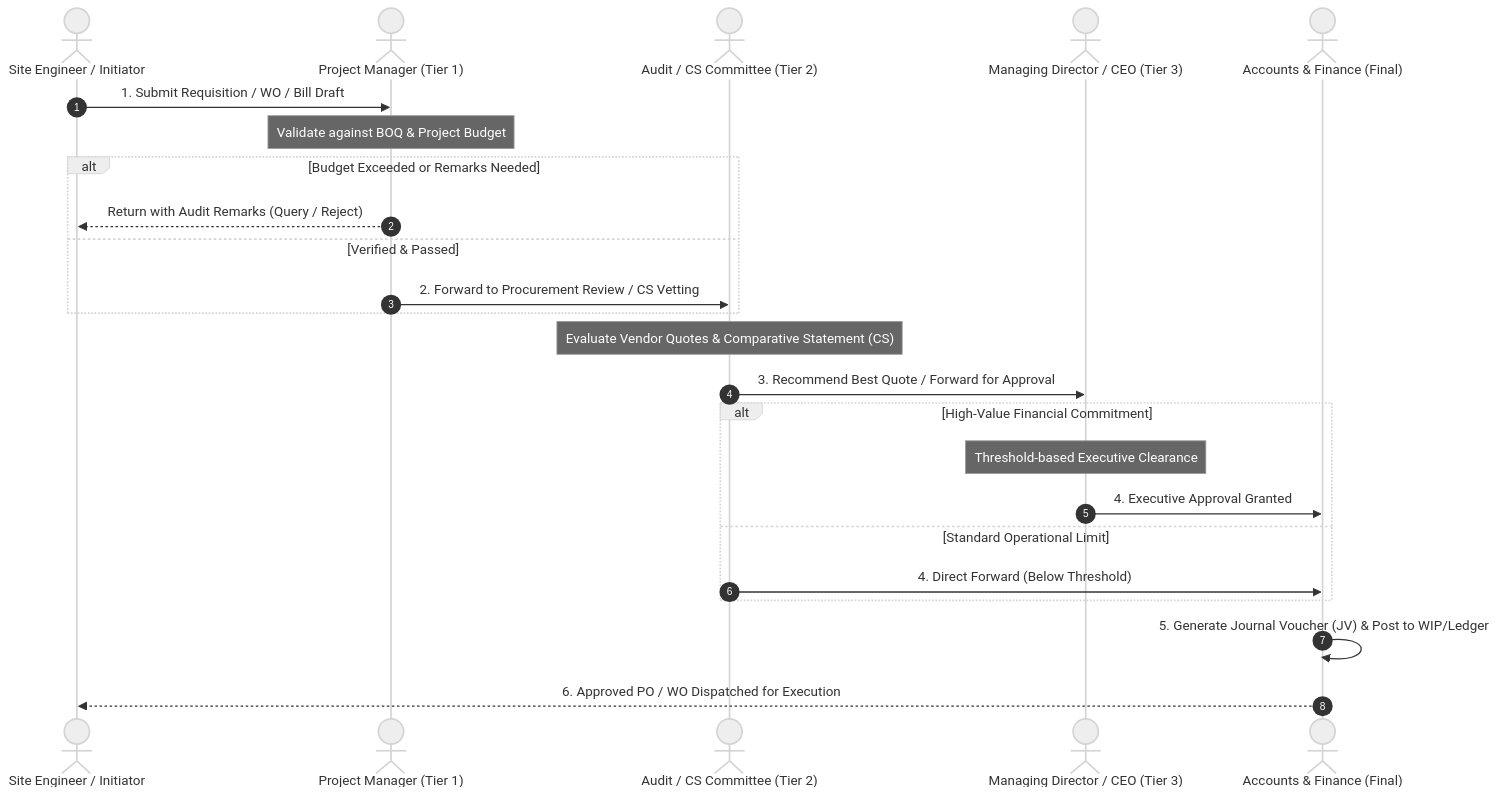
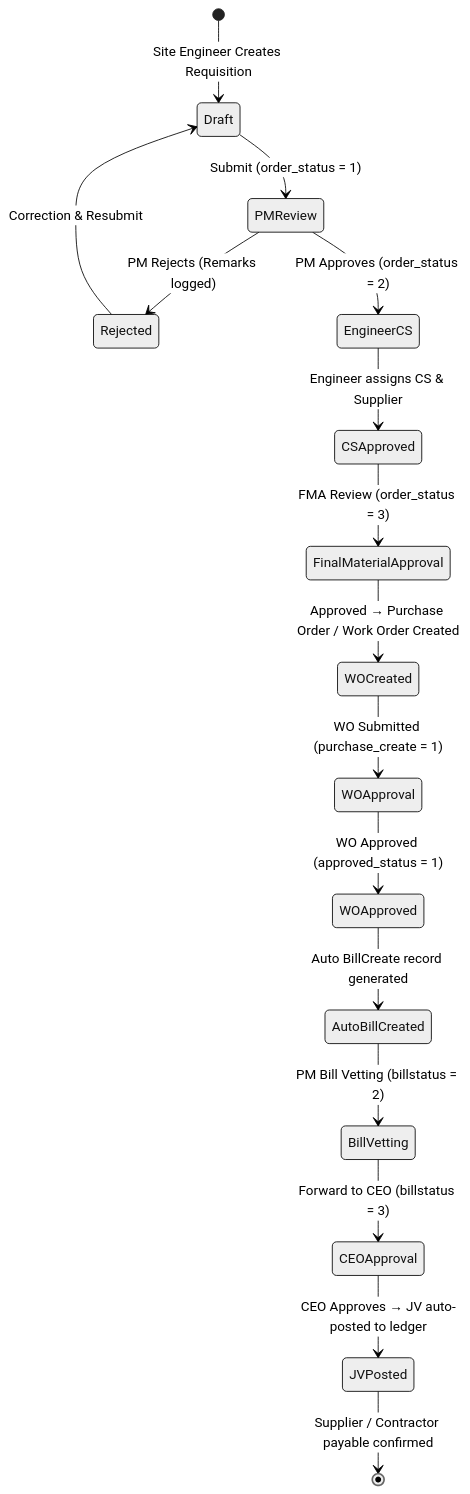
Before and after one commit to ShakhawatSakib9/Constrcution_MIS: the second of 3 diagrams in README.md, drawn with Mermaid (neutral theme). The commit also changed other lines of this file, not shown here.

Commit message:
docs: full deep-analysis - real approval state machine, JV posting, FIFO engine, RBAC with actual code snippets

````diff
--- a/README.md
+++ b/README.md
@@ -86,30 +113,18 @@
 ```mermaid
-sequenceDiagram
-    autonumber
-    actor SiteEng as Site Engineer / Initiator
-    actor PM as Project Manager (Tier 1)
-    actor CSComm as Audit / CS Committee (Tier 2)
-    actor CEO as Managing Director / CEO (Tier 3)
-    actor Acc as Accounts & Finance (Final)
-
-    SiteEng->>PM: 1. Submit Requisition / WO / Bill Draft
-    Note over PM: Validate against BOQ & Project Budget
-    alt Budget Exceeded or Remarks Needed
-        PM-->>SiteEng: Return with Audit Remarks (Query / Reject)
-    else Verified & Passed
-        PM->>CSComm: 2. Forward to Procurement Review / CS Vetting
-    end
-
-    Note over CSComm: Evaluate Vendor Quotes & Comparative Statement (CS)
-    CSComm->>CEO: 3. Recommend Best Quote / Forward for Approval
-
-    alt High-Value Financial Commitment
-        Note over CEO: Threshold-based Executive Clearance
-        CEO->>Acc: 4. Executive Approval Granted
-    else Standard Operational Limit
-        CSComm->>Acc: 4. Direct Forward (Below Threshold)
-    end
-
-    Acc->>Acc: 5. Generate Journal Voucher (JV) & Post to WIP/Ledger
-    Acc-->>SiteEng: 6. Approved PO / WO Dispatched for Execution
+stateDiagram-v2
+    [*] --> Draft: Site Engineer Creates Requisition
+    Draft --> PMReview: Submit (order_status = 1)
+    PMReview --> Rejected: PM Rejects (Remarks logged)
+    Rejected --> Draft: Correction & Resubmit
+    PMReview --> EngineerCS: PM Approves (order_status = 2)
+    EngineerCS --> CSApproved: Engineer assigns CS & Supplier
+    CSApproved --> FinalMaterialApproval: FMA Review (order_status = 3)
+    FinalMaterialApproval --> WOCreated: Approved → Purchase Order / Work Order Created
+    WOCreated --> WOApproval: WO Submitted (purchase_create = 1)
+    WOApproval --> WOApproved: WO Approved (approved_status = 1)
+    WOApproved --> AutoBillCreated: Auto BillCreate record generated
+    AutoBillCreated --> BillVetting: PM Bill Vetting (billstatus = 2)
+    BillVetting --> CEOApproval: Forward to CEO (billstatus = 3)
+    CEOApproval --> JVPosted: CEO Approves → JV auto-posted to ledger
+    JVPosted --> [*]: Supplier / Contractor payable confirmed
 ```
````
